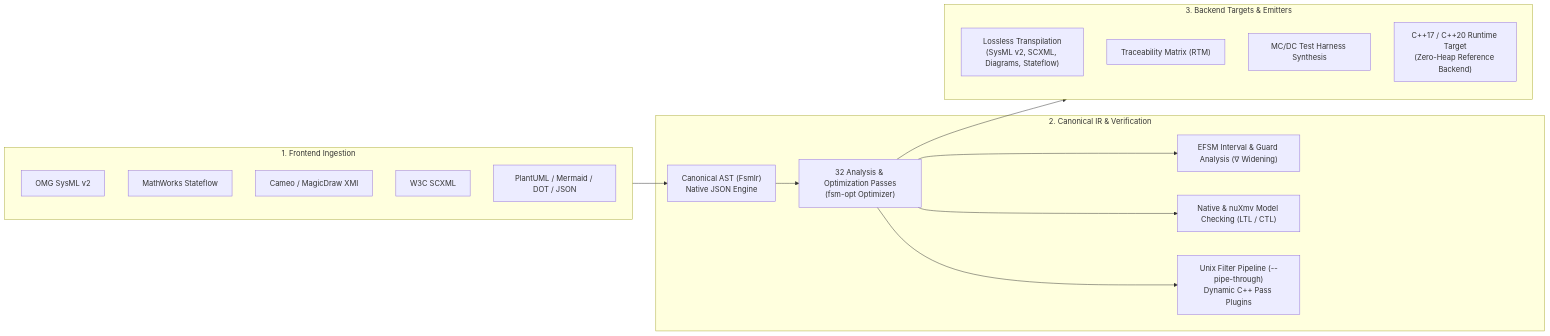
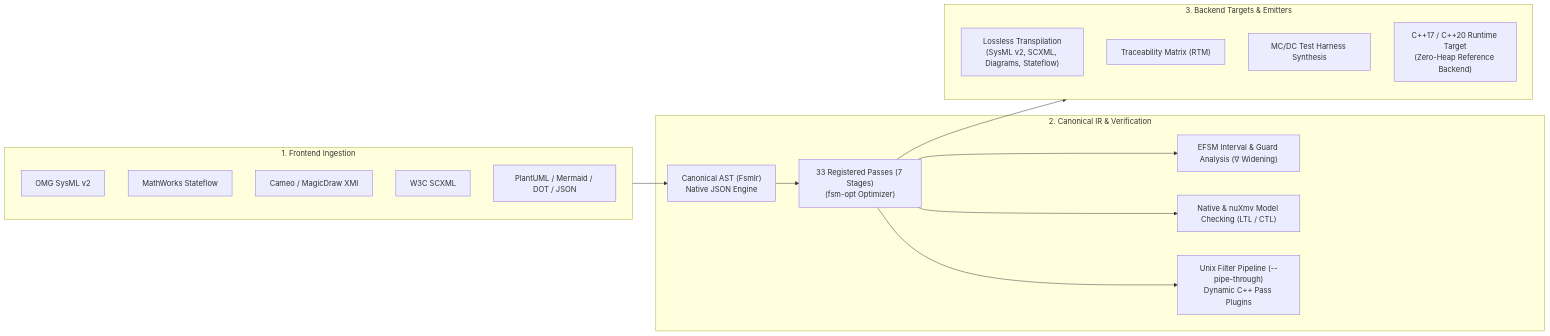
Before and after one commit to simoneCavalleri/fsmc: the diagram in docs/index.md, drawn with Mermaid. The commit also changed other lines of this file and 15 other files, not shown here.

````diff
--- a/docs/index.md
+++ b/docs/index.md
@@ -11,32 +11,32 @@
 ```mermaid
 flowchart LR
     subgraph Frontend["1. Frontend Ingestion"]
         SysML["OMG SysML v2"]
         Stateflow["MathWorks Stateflow"]
         XMI["Cameo / MagicDraw XMI"]
         SCXML["W3C SCXML"]
         Diagrams["PlantUML / Mermaid / DOT / JSON"]
     end
 
     subgraph MiddleEnd["2. Canonical IR & Verification"]
         IR["Canonical AST (FsmIr)<br/>Native JSON Engine"]
-        Passes["32 Analysis & Optimization Passes<br/>(fsm-opt Optimizer)"]
+        Passes["33 Registered Passes (7 Stages)<br/>(fsm-opt Optimizer)"]
         SMT["EFSM Interval & Guard Analysis (∇ Widening)"]
         MC["Native & nuXmv Model Checking (LTL / CTL)"]
         Pipe["Unix Filter Pipeline (--pipe-through)<br/>Dynamic C++ Pass Plugins"]
     end
 
     subgraph Backend["3. Backend Targets & Emitters"]
         Transpile["Lossless Transpilation<br/>(SysML v2, SCXML, Diagrams, Stateflow)"]
         RTM["Traceability Matrix (RTM)"]
         MCDC["MC/DC Test Harness Synthesis"]
         CppGen["C++17 / C++20 Runtime Target<br/>(Zero-Heap Reference Backend)"]
     end
 
     Frontend --> IR
     IR --> Passes
     Passes --> SMT
     Passes --> MC
     Passes --> Pipe
     Passes --> Backend
 ```
````
